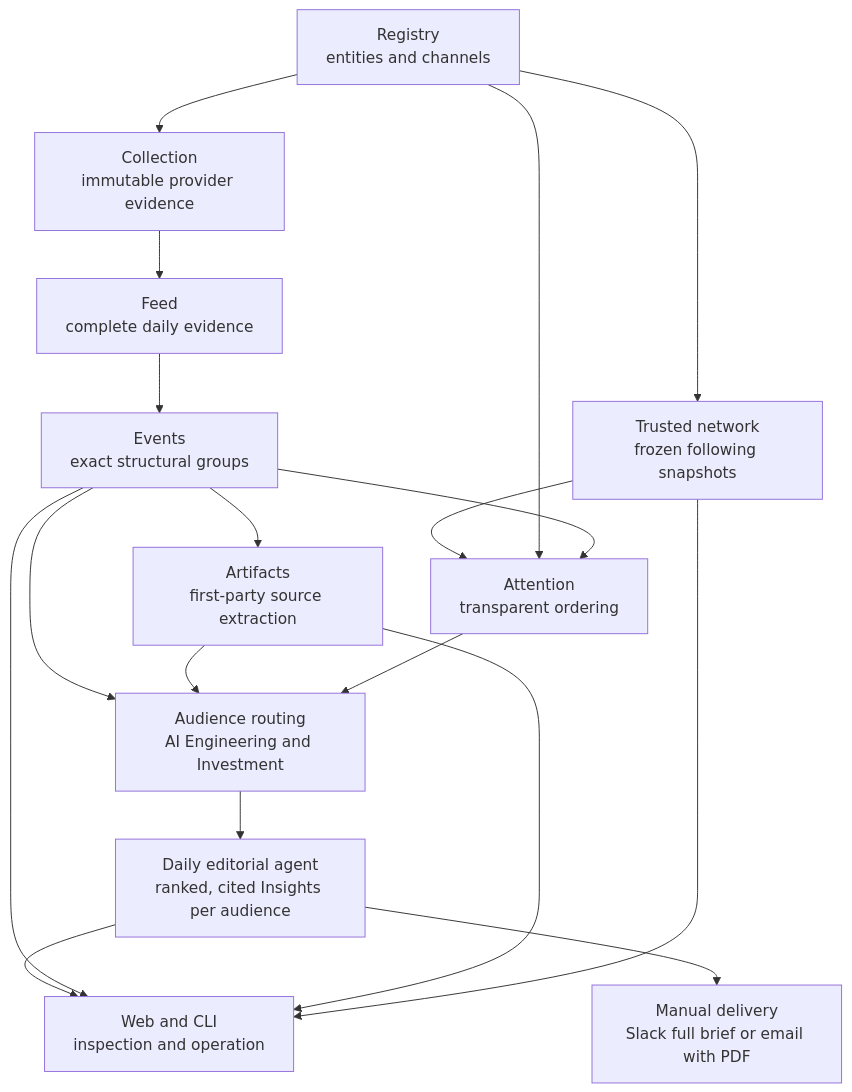
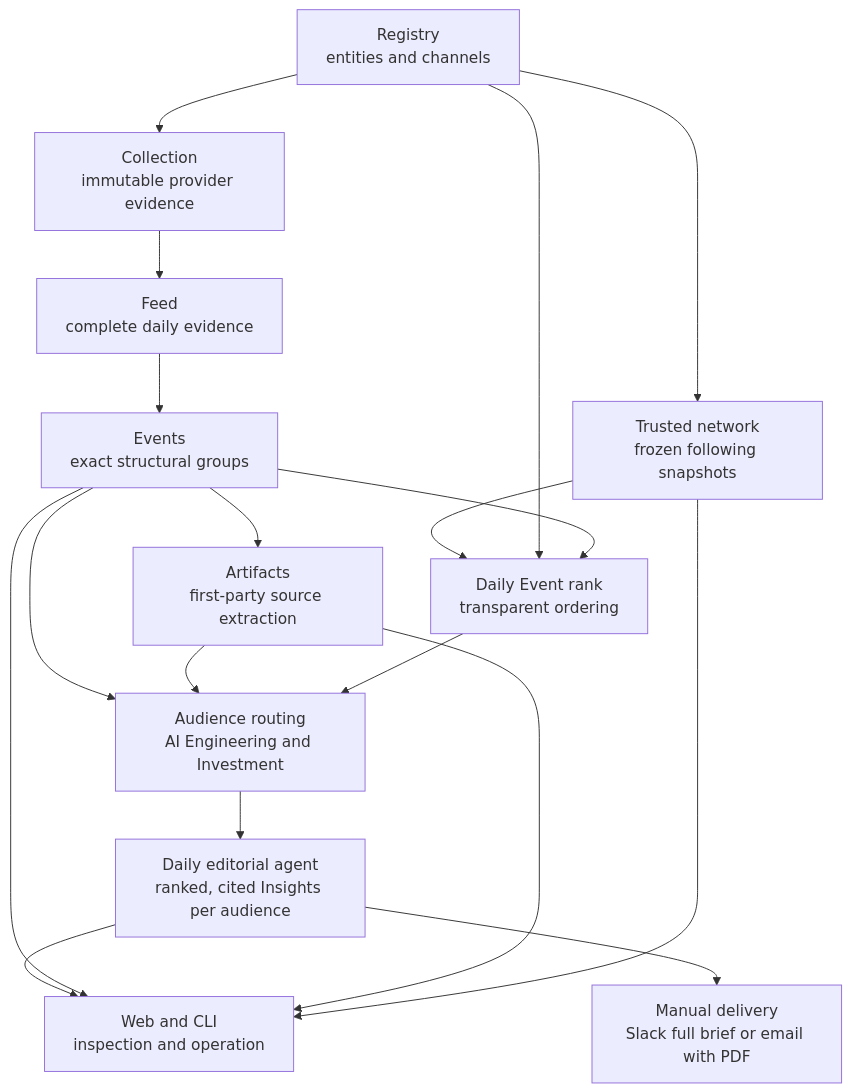
The diagram in docs/architecture/overview.md (AdithyanI/frontier-lab-intelligence), drawn with Mermaid before and after one commit. The commit also changed other lines of this file and 59 other files, not shown here.

````diff
--- a/docs/architecture/overview.md
+++ b/docs/architecture/overview.md
@@ -15,20 +15,20 @@
 ```mermaid
 flowchart TD
     R["Registry<br/>entities and channels"] --> C["Collection<br/>immutable provider evidence"]
     R --> N["Trusted network<br/>frozen following snapshots"]
     C --> F["Feed<br/>complete daily evidence"]
     F --> E["Events<br/>exact structural groups"]
     E --> A["Artifacts<br/>first-party source extraction"]
-    N --> S["Attention<br/>transparent ordering"]
+    N --> S["Daily Event rank<br/>transparent ordering"]
     R --> S
     E --> S
     E --> Q["Audience routing<br/>AI Engineering and Investment"]
     A --> Q
     S --> Q
     Q --> I["Daily editorial agent<br/>ranked, cited Insights per audience"]
     I --> W["Web and CLI<br/>inspection and operation"]
     I --> D["Manual delivery<br/>Slack full brief or email with PDF"]
     E --> W
     A --> W
     N --> W
 ```
````
